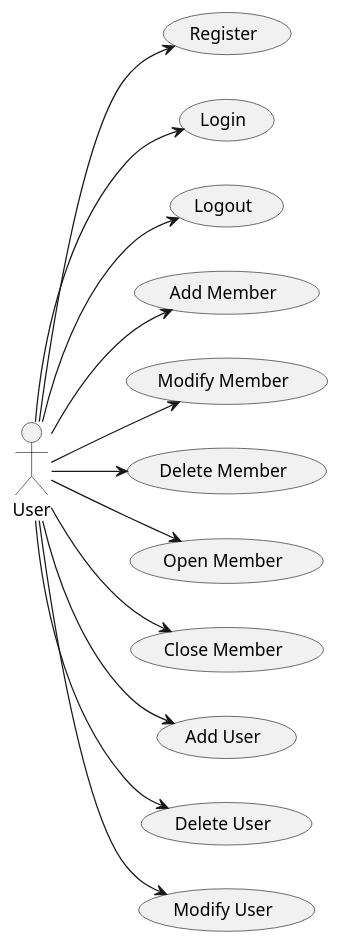
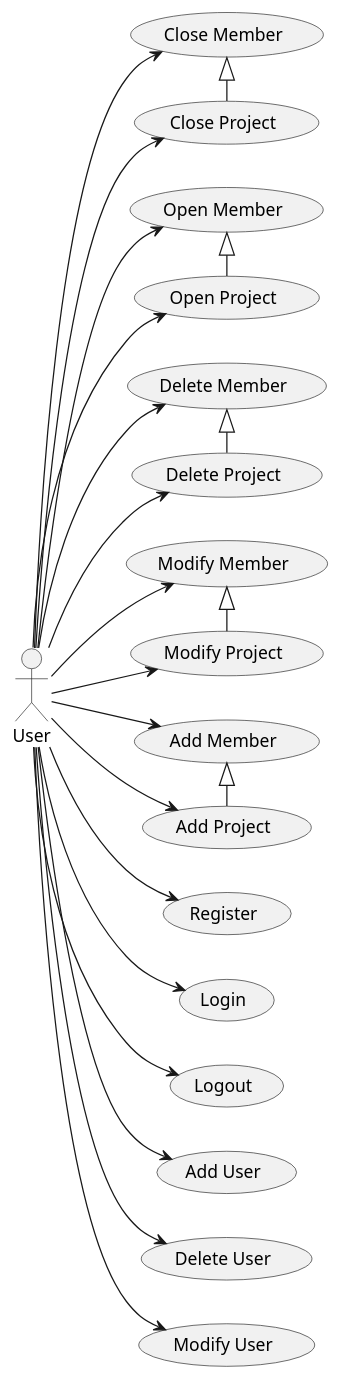
One commit to x-USantaTecla-project-ustUML/requirements changed the first of 2 diagrams in docs/diagrams/src/requirements.wsd. Above: the diagram before and after it, drawn with PlantUML. The commit also changed other lines of this file and 5 other files, not shown here.

Commit message:
Changed some diagrams

```diff
--- a/docs/diagrams/src/requirements.wsd
+++ b/docs/diagrams/src/requirements.wsd
@@ -1,26 +1,41 @@
 @startuml use_cases
 left to right direction
 actor User
 usecase Register
 User --> Register
 usecase Login
 User --> Login
 usecase Logout
 User --> Logout
 usecase cElement as "Add Member"
 User --> cElement
 usecase mElement as "Modify Member"
 User --> mElement
 usecase dElement as "Delete Member"
 User --> dElement
 usecase oElement as "Open Member"
 User --> oElement
 usecase clElement as "Close Member"
 User --> clElement
+usecase cProject as "Add Project"
+cProject -left-|> cElement
+User --> cProject
+usecase mProject as "Modify Project"
+mProject -left-|> mElement
+User --> mProject
+usecase dProject as "Delete Project"
+dProject -left-|> dElement
+User --> dProject
+usecase oProject as "Open Project"
+oProject -left-|> oElement
+User --> oProject
+usecase clProject as "Close Project"
+clProject -left-|> clElement
+User --> clProject
 usecase addDeveloper as "Add User"
 User --> addDeveloper
 usecase dDeveloper as "Delete User"
 User --> dDeveloper
 usecase mDeveloper as "Modify User"
 User --> mDeveloper
 @enduml
```
